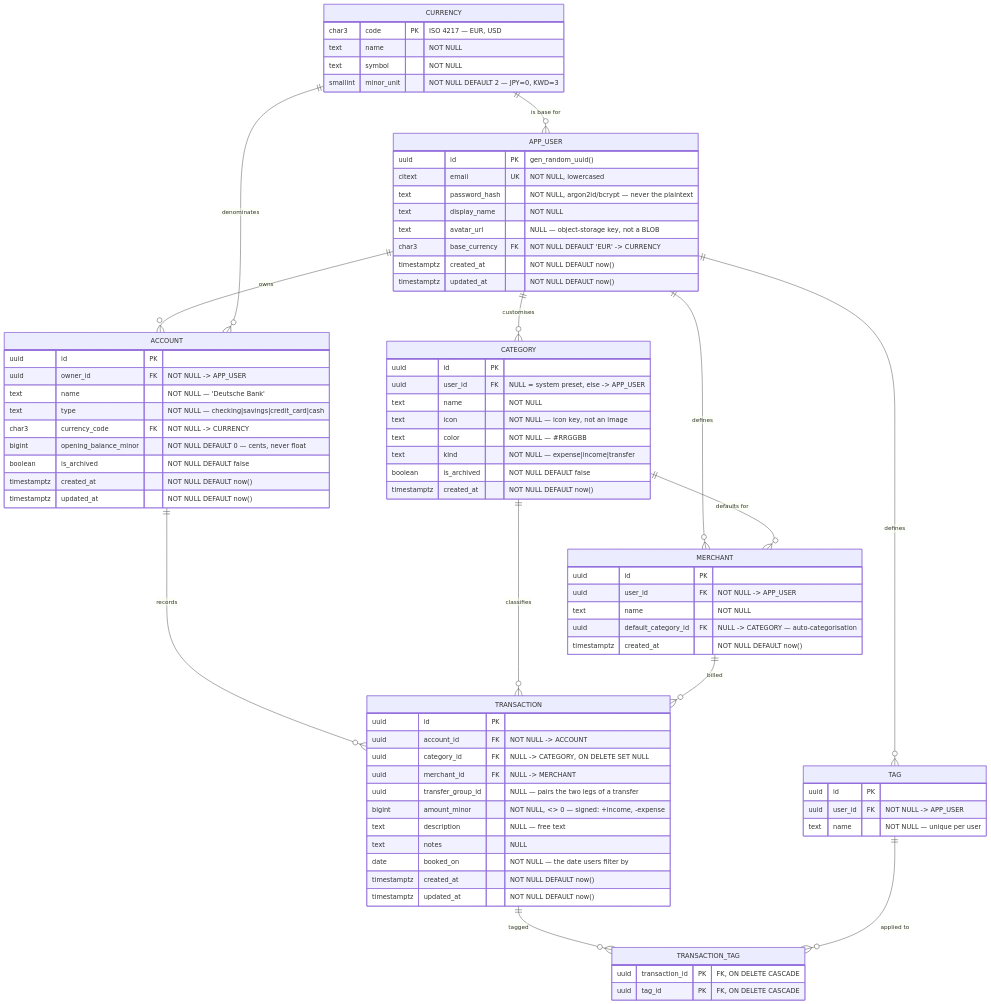
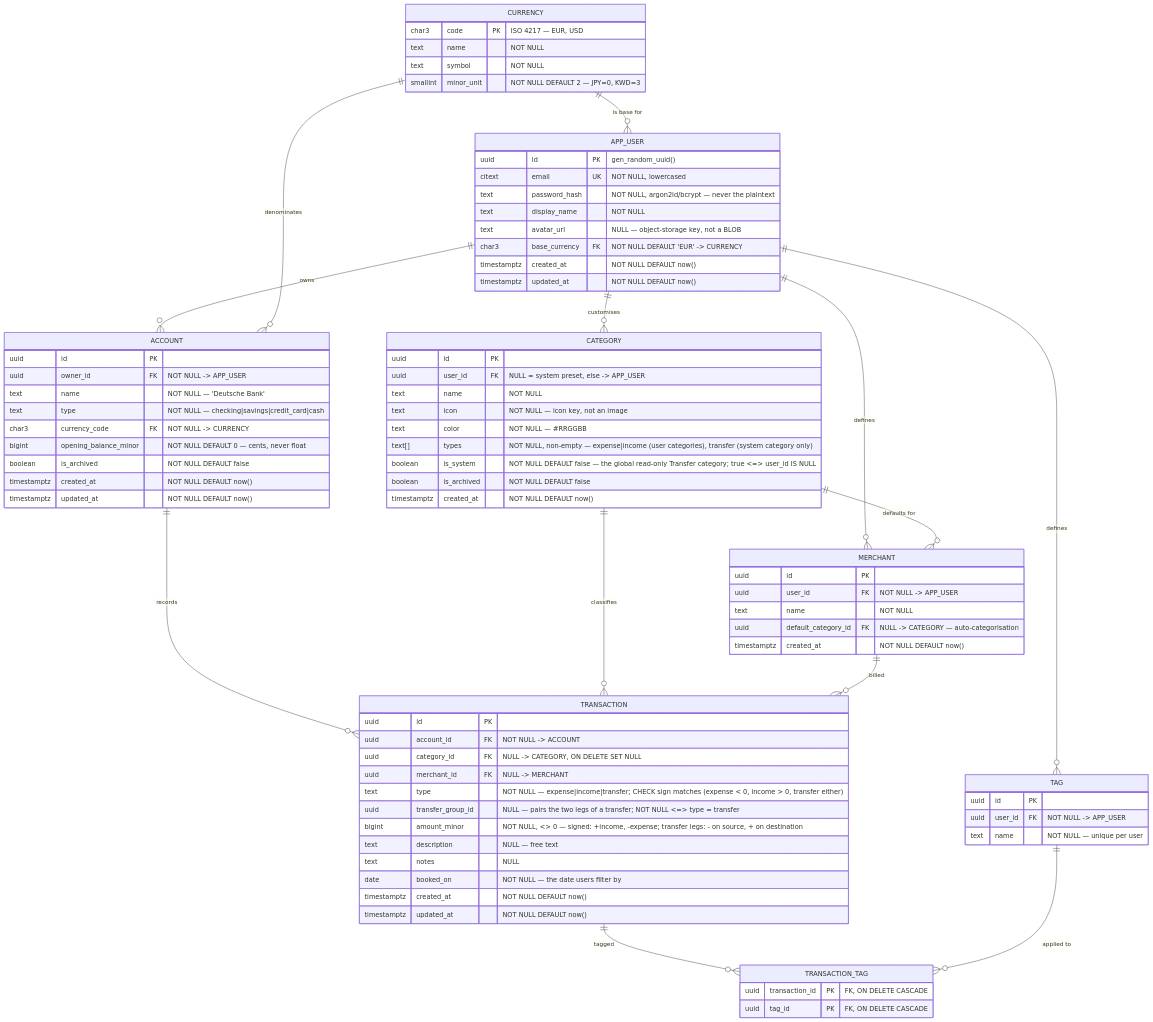
The diagram in docs/mvp-db-schema.md (LaraKraemer/transcendence), drawn with Mermaid before and after one commit. The commit also changed 3 other files, not shown here.

Commit message:
#114 docs: describe transaction types, multi-type categories and transfers

```diff
--- a/docs/mvp-db-schema.md
+++ b/docs/mvp-db-schema.md
@@ -45,7 +45,8 @@
         text        name                    "NOT NULL"
         text        icon                    "NOT NULL — icon key, not an image"
         text        color                   "NOT NULL — #RRGGBB"
-        text        kind                    "NOT NULL — expense|income|transfer"
+        text[]      types                   "NOT NULL, non-empty — expense|income (user categories), transfer (system category only)"
+        boolean     is_system               "NOT NULL DEFAULT false — the global read-only Transfer category; true <=> user_id IS NULL"
         boolean     is_archived             "NOT NULL DEFAULT false"
         timestamptz created_at              "NOT NULL DEFAULT now()"
     }
@@ -64,8 +65,9 @@
         uuid        account_id          FK  "NOT NULL -> ACCOUNT"
         uuid        category_id         FK  "NULL -> CATEGORY, ON DELETE SET NULL"
         uuid        merchant_id         FK  "NULL -> MERCHANT"
-        uuid        transfer_group_id       "NULL — pairs the two legs of a transfer"
-        bigint      amount_minor            "NOT NULL, <> 0 — signed: +income, -expense"
+        text        type                    "NOT NULL — expense|income|transfer; CHECK sign matches (expense < 0, income > 0, transfer either)"
+        uuid        transfer_group_id       "NULL — pairs the two legs of a transfer; NOT NULL <=> type = transfer"
+        bigint      amount_minor            "NOT NULL, <> 0 — signed: +income, -expense; transfer legs: - on source, + on destination"
         text        description             "NULL — free text"
         text        notes                   "NULL"
         date        booked_on               "NOT NULL — the date users filter by"
```
